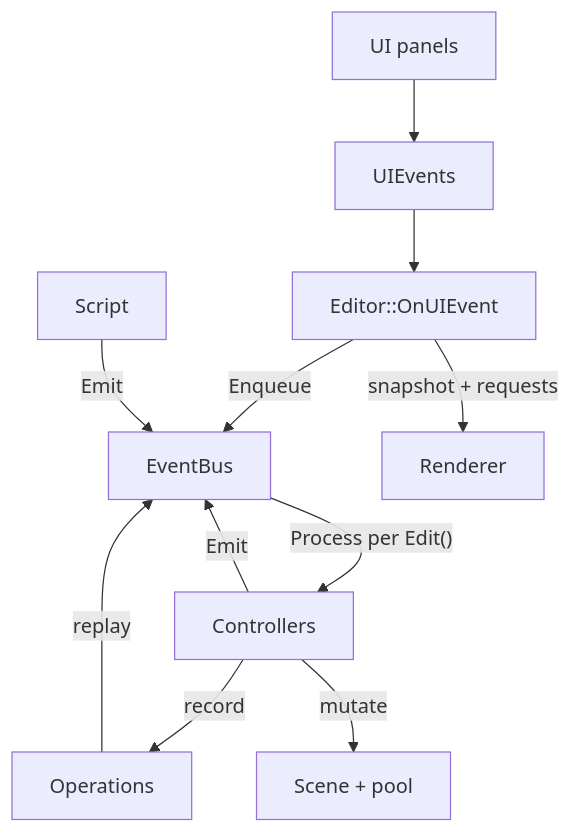
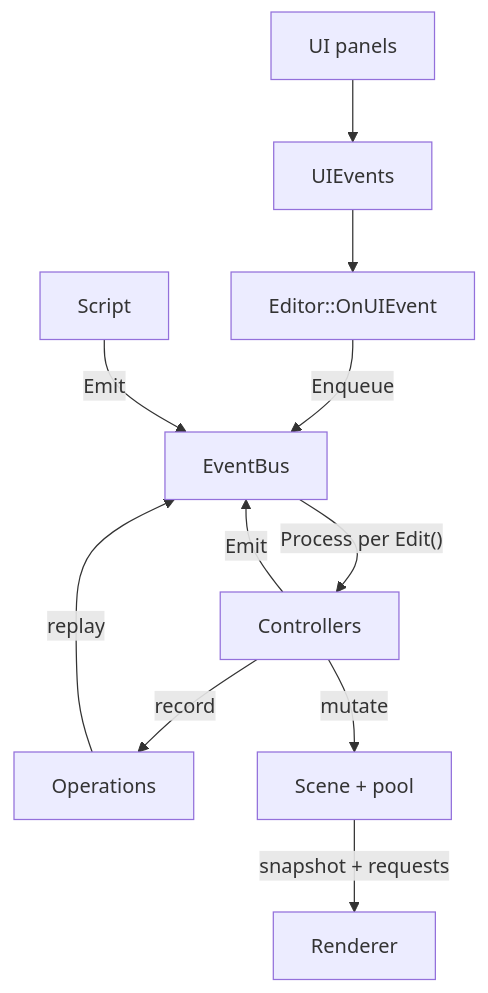
Before and after one commit to XDzZyq/Neurus: the fourth of 5 diagrams in docs/architecture/overview.md, drawn with Mermaid. The commit also changed 4 other files, not shown here.

First line of the commit message:
docs: apply the review findings on the diagrams and the gate

````diff
--- a/docs/architecture/overview.md
+++ b/docs/architecture/overview.md
@@ -60,13 +60,13 @@
 ```mermaid
 flowchart TD
     ui["UI panels"] --> uiEvents["UIEvents"]
     uiEvents --> onUIEvent["Editor::OnUIEvent"]
     onUIEvent -->|"Enqueue"| bus["EventBus"]
     bus -->|"Process per Edit()"| controllers["Controllers"]
     controllers -->|"Emit"| bus
     script["Script"] -->|"Emit"| bus
     controllers -->|"record"| ops["Operations"]
     ops -->|"replay"| bus
     controllers -->|"mutate"| scene["Scene + pool"]
-    onUIEvent -->|"snapshot + requests"| renderer["Renderer"]
+    scene -->|"snapshot + requests"| renderer["Renderer"]
 ```
````
